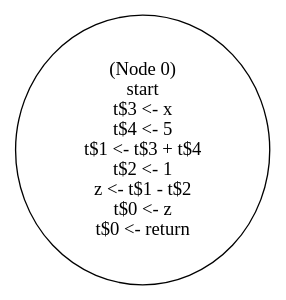
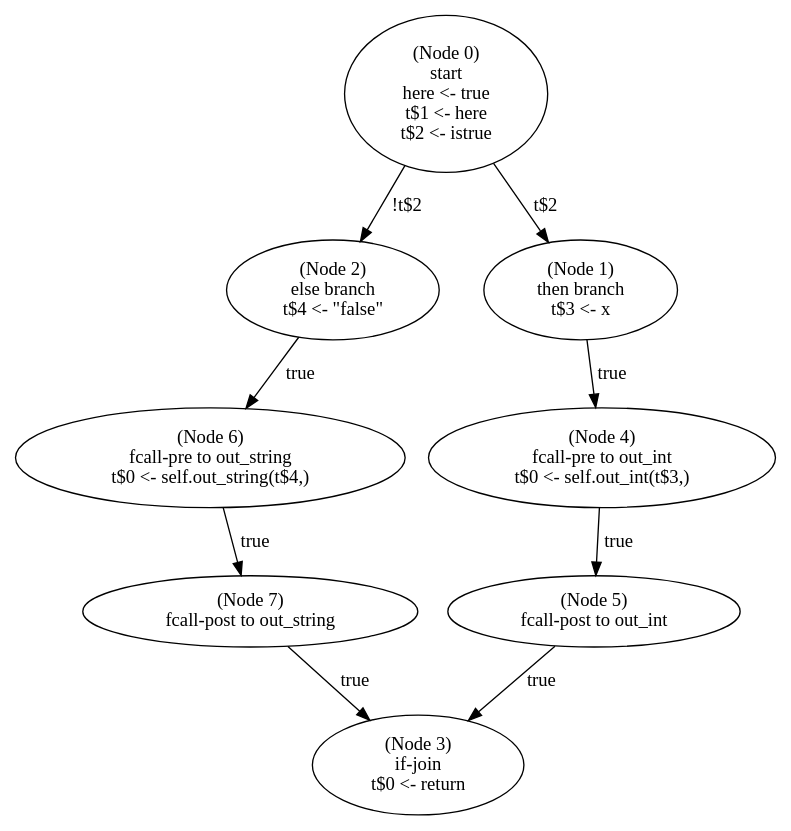
Before and after one commit to Steven-Alvarado/COOL-Code-Generator: the diagram in PA3c2/main_pre.dot, drawn with Graphviz. The commit also changed 175 other files, not shown here.

```diff
--- a/PA3c2/main_pre.dot
+++ b/PA3c2/main_pre.dot
@@ -1,3 +1,18 @@
 digraph main_pre {
-  n0 [label="(Node 0)\nstart\nt$3 <- x\nt$4 <- 5\nt$1 <- t$3 + t$4\nt$2 <- 1\nz <- t$1 - t$2\nt$0 <- z\nt$0 <- return\n"];
+  n0 [label="(Node 0)\nstart\nhere <- true\nt$1 <- here\nt$2 <- istrue\n"];
+ n0 -> n2 [label="!t$2"];
+ n0 -> n1 [label="t$2"];
+  n1 [label="(Node 1)\nthen branch\nt$3 <- x\n"];
+ n1 -> n4 [label="true"];
+  n2 [label="(Node 2)\nelse branch\nt$4 <- \"false\"\n"];
+ n2 -> n6 [label="true"];
+  n3 [label="(Node 3)\nif-join\nt$0 <- return\n"];
+  n4 [label="(Node 4)\nfcall-pre to out_int\nt$0 <- self.out_int(t$3,)\n"];
+ n4 -> n5 [label="true"];
+  n5 [label="(Node 5)\nfcall-post to out_int\n"];
+ n5 -> n3 [label="true"];
+  n6 [label="(Node 6)\nfcall-pre to out_string\nt$0 <- self.out_string(t$4,)\n"];
+ n6 -> n7 [label="true"];
+  n7 [label="(Node 7)\nfcall-post to out_string\n"];
+ n7 -> n3 [label="true"];
 }
```
